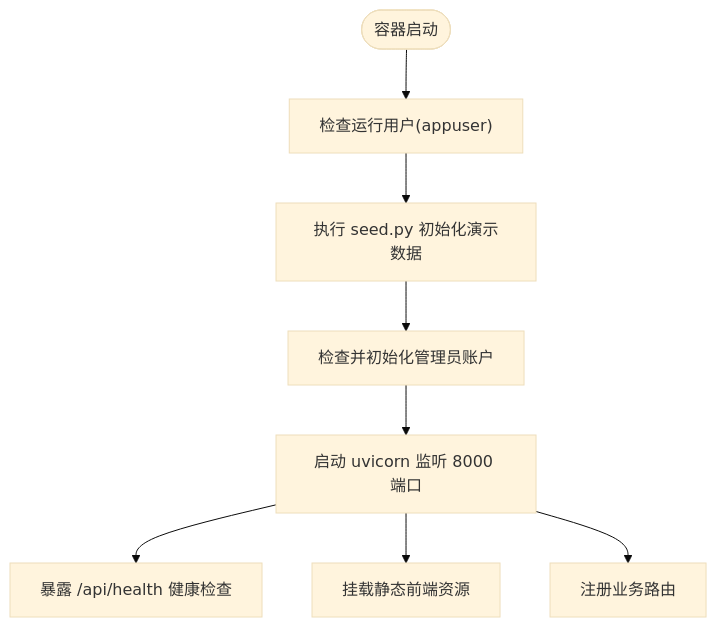
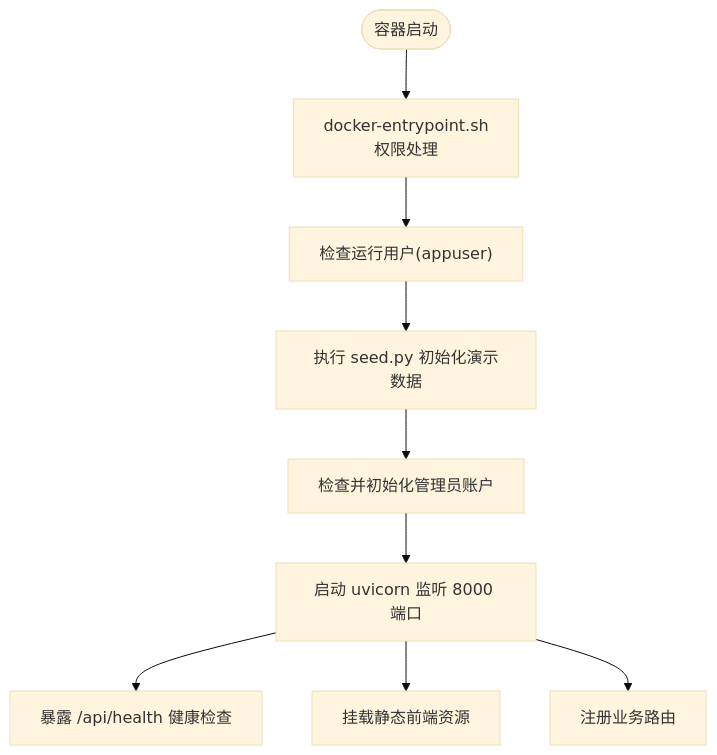
Before and after one commit to onebody/homework: the fifth of 6 diagrams in .qoder/repowiki/zh/content/部署与运维指南/Docker容器化部署.md, drawn with Mermaid (base theme). The commit also changed other lines of this file and 6 other files, not shown here.

````diff
--- a/.qoder/repowiki/zh/content/部署与运维指南/Docker容器化部署.md
+++ b/.qoder/repowiki/zh/content/部署与运维指南/Docker容器化部署.md
@@ -272,10 +367,11 @@
 ```mermaid
 flowchart TD
-Start(["容器启动"]) --> UserCheck["检查运行用户(appuser)"]
+Start(["容器启动"]) --> Entrypoint["docker-entrypoint.sh<br/>权限处理"]
+Entrypoint --> UserCheck["检查运行用户(appuser)"]
 UserCheck --> Seed["执行 seed.py 初始化演示数据"]
 Seed --> AdminInit["检查并初始化管理员账户"]
 AdminInit --> Uvicorn["启动 uvicorn 监听 8000 端口"]
 Uvicorn --> Health["暴露 /api/health 健康检查"]
 Uvicorn --> Static["挂载静态前端资源"]
 Uvicorn --> API["注册业务路由"]
 ```
````
